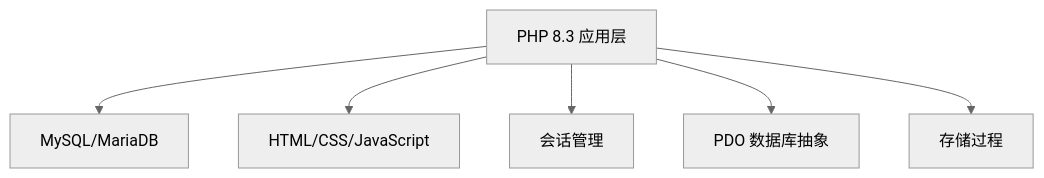
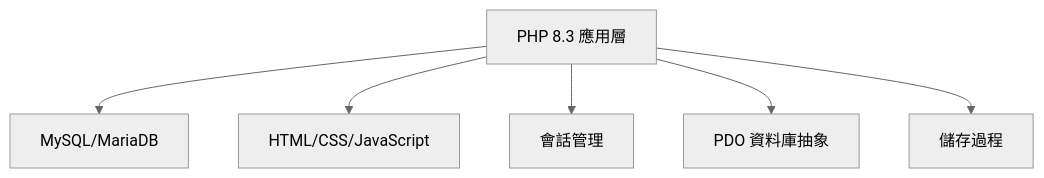
Before and after one commit to DylanChiang-Dev/quotabase-lite: the first of 2 diagrams in CLAUDE.md, drawn with Mermaid (neutral theme). The commit also changed other lines of this file and 61 other files, not shown here.

````diff
--- a/CLAUDE.md
+++ b/CLAUDE.md
@@ -29,8 +29,8 @@
 ```mermaid
 graph TB
-    A[PHP 8.3 应用层] --> B[MySQL/MariaDB]
+    A[PHP 8.3 應用層] --> B[MySQL/MariaDB]
     A --> C[HTML/CSS/JavaScript]
-    A --> D[会话管理]
-    A --> E[PDO 数据库抽象]
-    A --> F[存储过程]
+    A --> D[會話管理]
+    A --> E[PDO 資料庫抽象]
+    A --> F[儲存過程]
 ```
````
